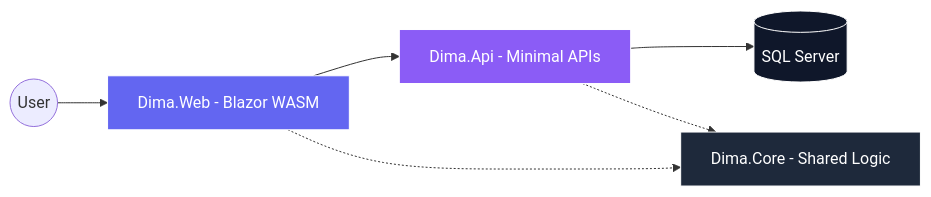
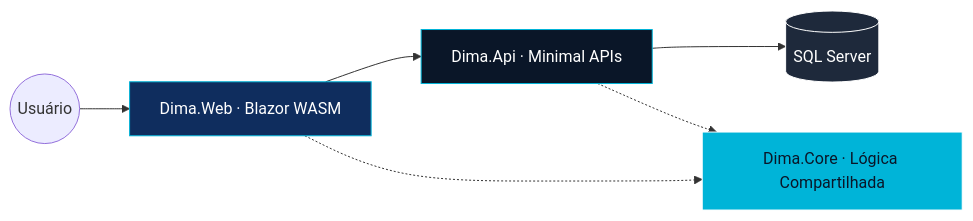
The diagram in README.md (israelanacleto/DIMA), drawn with Mermaid before and after one commit. The commit also changed other lines of this file and 1 other file, not shown here.

````diff
--- a/README.md
+++ b/README.md
@@ -68,12 +60,12 @@
 ```mermaid
 graph LR
-    User((User)) --> Web[Dima.Web - Blazor WASM]
-    Web --> API[Dima.Api - Minimal APIs]
+    User((Usuário)) --> Web[Dima.Web · Blazor WASM]
+    Web --> API[Dima.Api · Minimal APIs]
     API --> DB[(SQL Server)]
-    Web & API -.-> Core[Dima.Core - Shared Logic]
-    
-    style Web fill:#6366F1,stroke:#fff,color:#fff
-    style API fill:#8B5CF6,stroke:#fff,color:#fff
-    style Core fill:#1E293B,stroke:#fff,color:#fff
-    style DB fill:#0F172A,stroke:#fff,color:#fff
+    Web & API -.-> Core[Dima.Core · Lógica Compartilhada]
+
+    style Web fill:#0F2D5E,stroke:#00B4D8,color:#fff
+    style API fill:#0A1628,stroke:#00B4D8,color:#fff
+    style Core fill:#00B4D8,stroke:#fff,color:#0A1628
+    style DB fill:#1E293B,stroke:#fff,color:#fff
 ```
````
